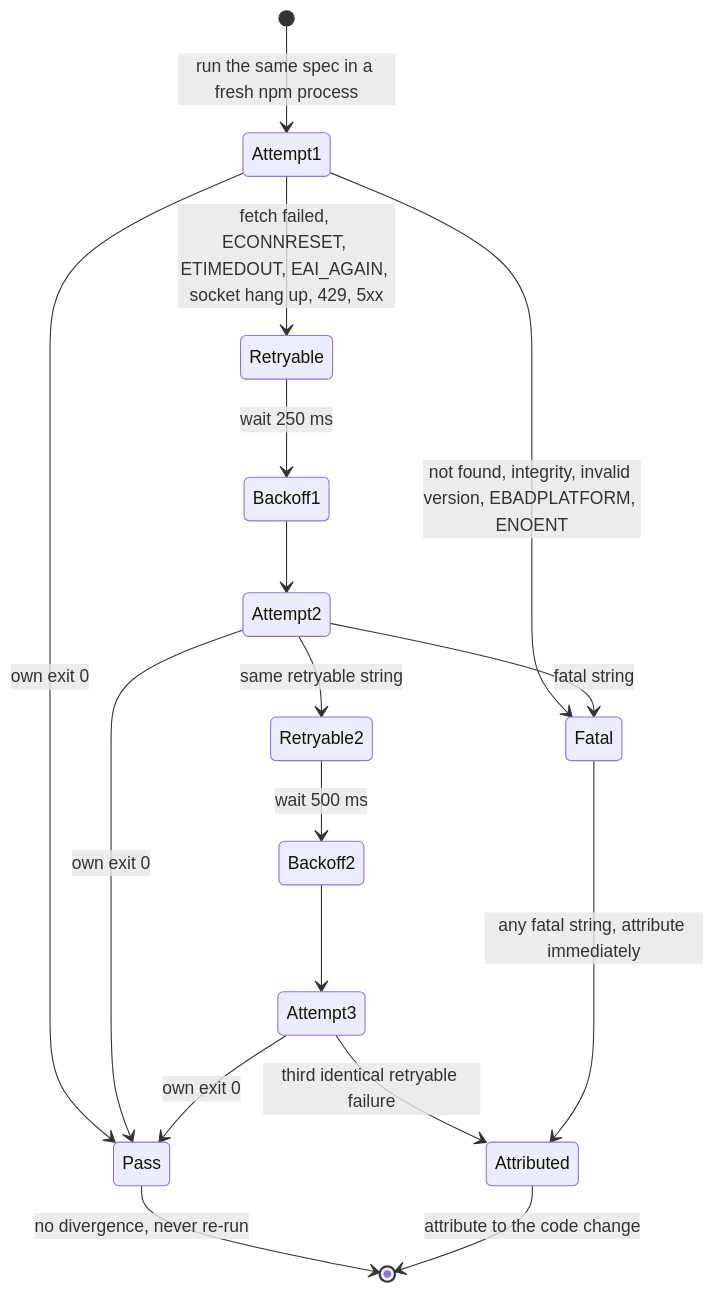
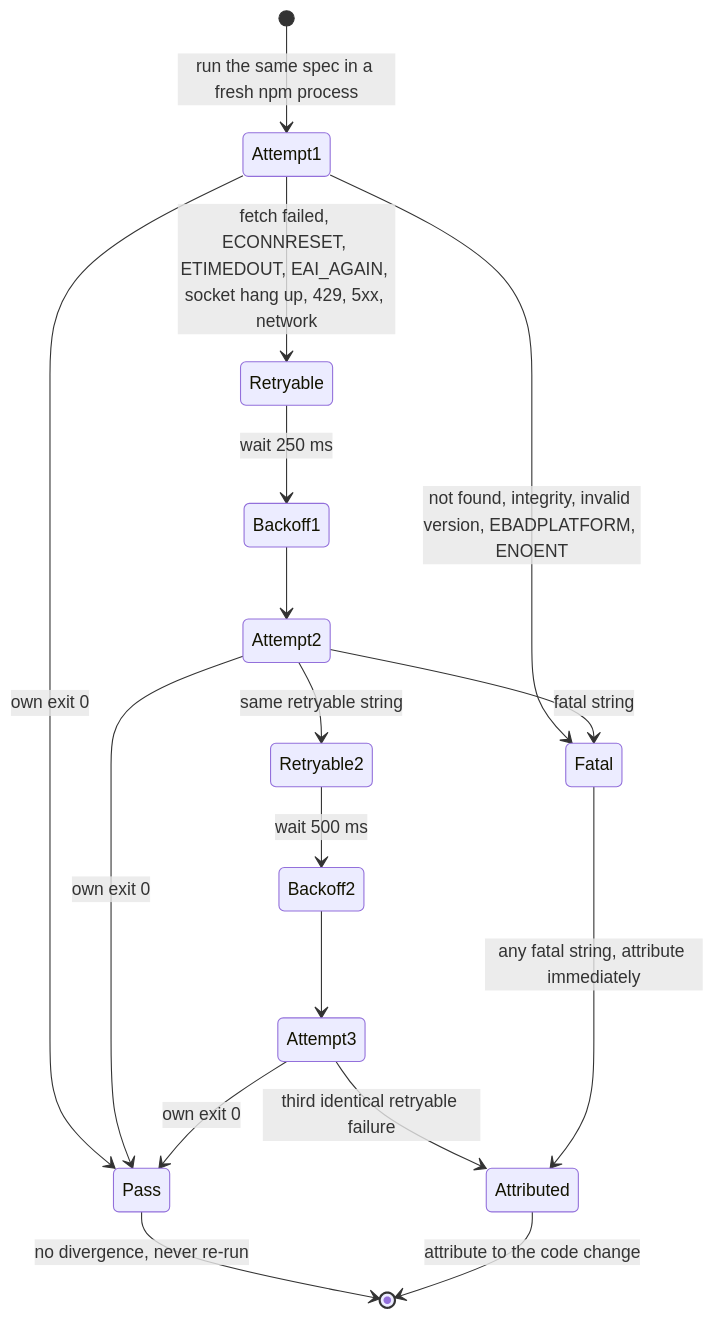
The sixth of 10 diagrams in docs/reference/state-machines.md (dywongcloud/OpenWebContainer), drawn with Mermaid before and after one commit. The commit also changed other lines of this file and 3 other files, not shown here.

First line of the commit message:
docs: repair meta-critic findings and pin the Mermaid verification witness

````diff
--- a/docs/reference/state-machines.md
+++ b/docs/reference/state-machines.md
@@ -186,19 +186,19 @@
 ```mermaid
 stateDiagram-v2
   [*] --> Attempt1: run the same spec in a fresh npm process
   Attempt1 --> Pass: own exit 0
   Attempt1 --> Fatal: not found, integrity, invalid version, EBADPLATFORM, ENOENT
-  Attempt1 --> Retryable: fetch failed, ECONNRESET, ETIMEDOUT, EAI_AGAIN, socket hang up, 429, 5xx
+  Attempt1 --> Retryable: fetch failed, ECONNRESET, ETIMEDOUT, EAI_AGAIN, socket hang up, 429, 5xx, network
   Retryable --> Backoff1: wait 250 ms
   Backoff1 --> Attempt2
   Attempt2 --> Pass: own exit 0
   Attempt2 --> Fatal: fatal string
   Attempt2 --> Retryable2: same retryable string
   Retryable2 --> Backoff2: wait 500 ms
   Backoff2 --> Attempt3
   Attempt3 --> Pass: own exit 0
   Attempt3 --> Attributed: third identical retryable failure
   Fatal --> Attributed: any fatal string, attribute immediately
   Pass --> [*]: no divergence, never re-run
   Attributed --> [*]: attribute to the code change
 ```
````
